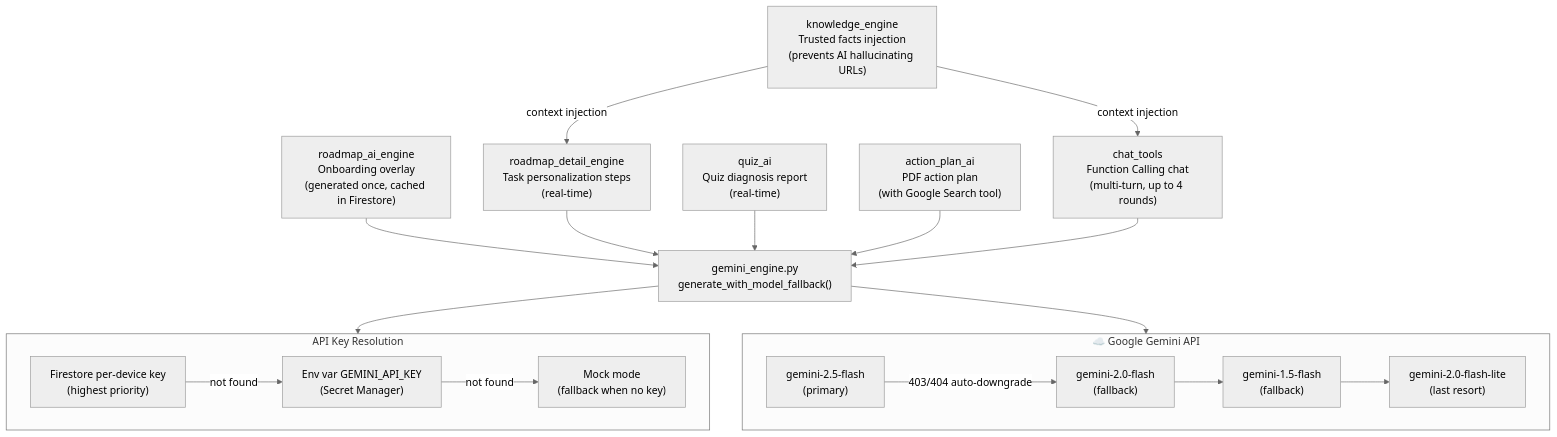
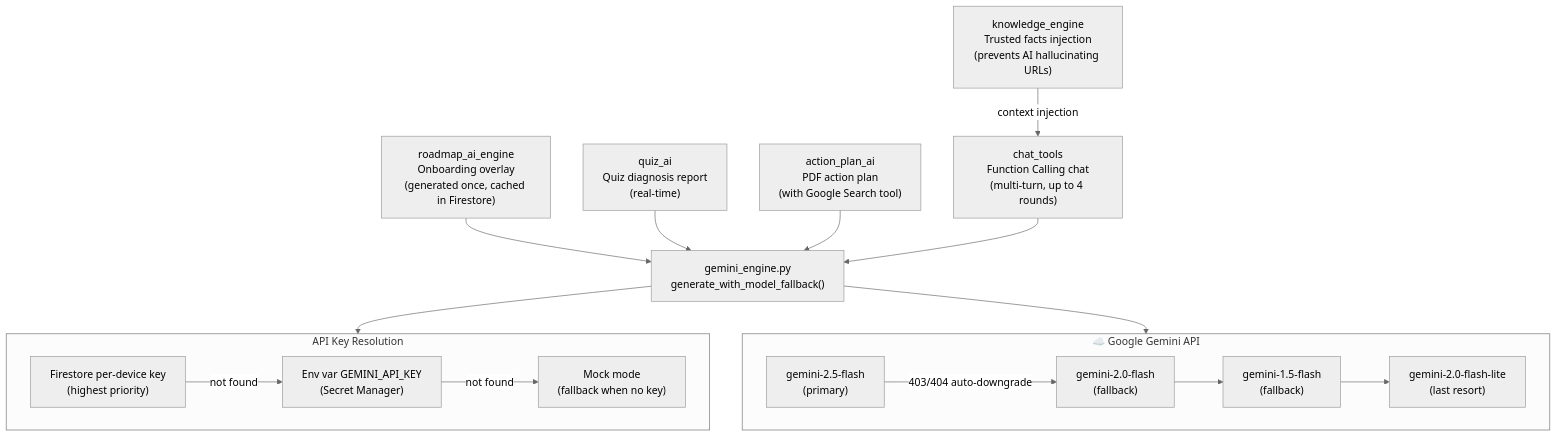
The fifth of 6 diagrams in ARCHITECTURE_EN.md (faetstoree/HARU), drawn with Mermaid (neutral theme) before and after one commit. The commit also changed other lines of this file and 1 other file, not shown here.

Commit message:
Update ARCHITECTURE docs: remove school engine, update API endpoints and AI layer

````diff
--- a/ARCHITECTURE_EN.md
+++ b/ARCHITECTURE_EN.md
@@ -233,32 +236,30 @@
 ```mermaid
 graph TB
     subgraph Gemini_API["☁️ Google Gemini API"]
         M1["gemini-2.5-flash<br/>(primary)"]
         M2["gemini-2.0-flash<br/>(fallback)"]
         M3["gemini-1.5-flash<br/>(fallback)"]
         M4["gemini-2.0-flash-lite<br/>(last resort)"]
         M1 -->|"403/404 auto-downgrade"| M2
         M2 --> M3
         M3 --> M4
     end
 
     subgraph Key_Resolution["API Key Resolution"]
         K1["Firestore per-device key<br/>(highest priority)"]
         K2["Env var GEMINI_API_KEY<br/>(Secret Manager)"]
         K3["Mock mode<br/>(fallback when no key)"]
         K1 -->|"not found"| K2
         K2 -->|"not found"| K3
     end
 
     GEMINI_ENGINE["gemini_engine.py<br/>generate_with_model_fallback()"]
     GEMINI_ENGINE --> Key_Resolution
     GEMINI_ENGINE --> Gemini_API
 
     ROADMAP_AI["roadmap_ai_engine<br/>Onboarding overlay<br/>(generated once, cached in Firestore)"] --> GEMINI_ENGINE
-    DETAIL_AI["roadmap_detail_engine<br/>Task personalization steps<br/>(real-time)"] --> GEMINI_ENGINE
     QUIZ_AI["quiz_ai<br/>Quiz diagnosis report<br/>(real-time)"] --> GEMINI_ENGINE
     ACTION_AI["action_plan_ai<br/>PDF action plan<br/>(with Google Search tool)"] --> GEMINI_ENGINE
     CHAT_TOOLS["chat_tools<br/>Function Calling chat<br/>(multi-turn, up to 4 rounds)"] --> GEMINI_ENGINE
-    KNOWLEDGE["knowledge_engine<br/>Trusted facts injection<br/>(prevents AI hallucinating URLs)"] -->|"context injection"| DETAIL_AI
-    KNOWLEDGE -->|"context injection"| CHAT_TOOLS
+    KNOWLEDGE["knowledge_engine<br/>Trusted facts injection<br/>(prevents AI hallucinating URLs)"] -->|"context injection"| CHAT_TOOLS
 ```
````
